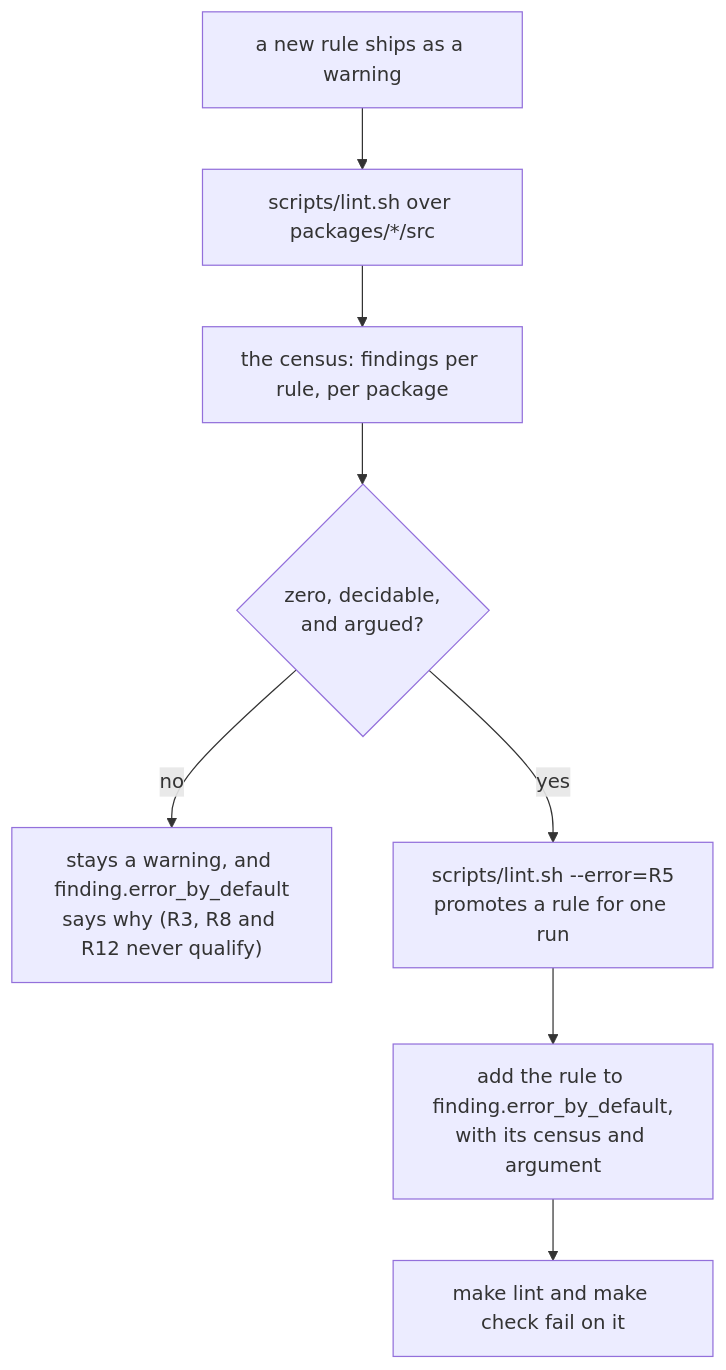
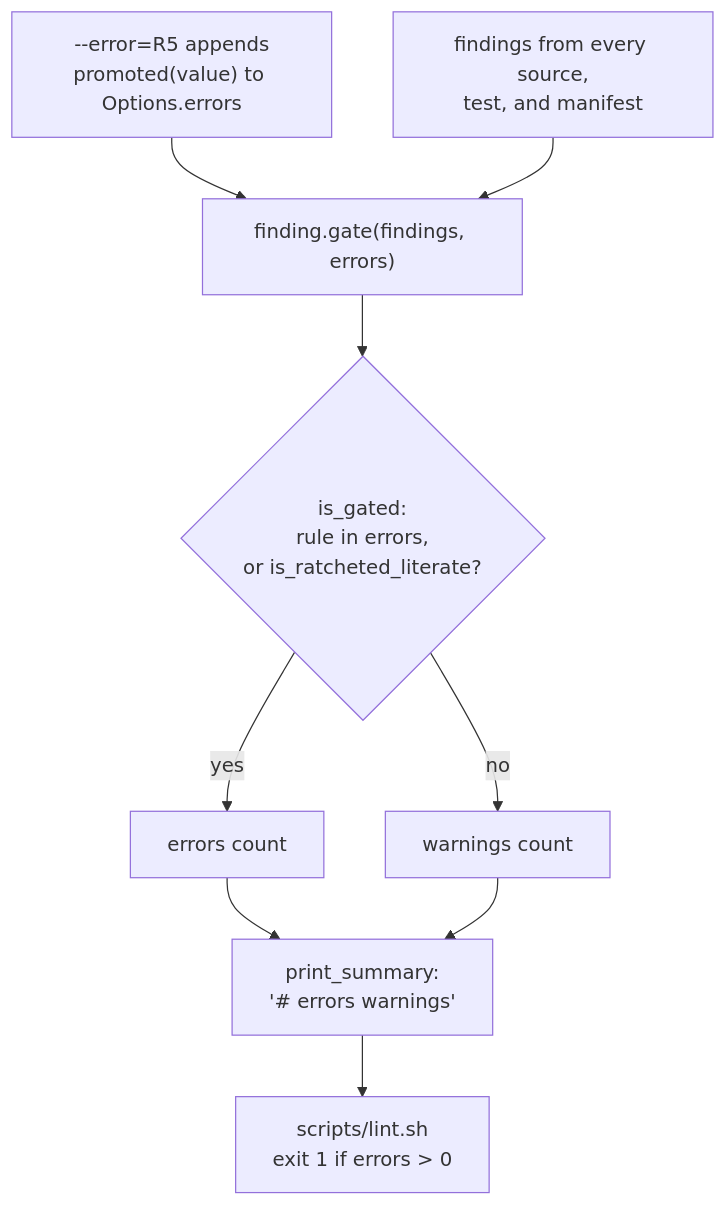
One commit to Roasbeef/pondline changed the fifth of 5 diagrams in packages/lint/README.md. Above: the diagram before and after it, drawn with Mermaid. The commit also changed other lines of this file and 9 other files, not shown here.

First line of the commit message:
docs: add package and system architecture documents

````diff
--- a/packages/lint/README.md
+++ b/packages/lint/README.md
@@ -212,15 +398,17 @@
 ```mermaid
 flowchart TD
-    NEW["a new rule ships as a warning"]
-    RUN["scripts/lint.sh over packages/*/src"]
-    CENSUS["the census: findings per rule, per package"]
-    Q{"zero, decidable,<br/>and argued?"}
-    STAY["stays a warning, and finding.error_by_default<br/>says why (R3, R8 and R12 never qualify)"]
-    TRY["scripts/lint.sh --error=R5<br/>promotes a rule for one run"]
-    PROMOTE["add the rule to finding.error_by_default,<br/>with its census and argument"]
-    GATE["make lint and make check fail on it"]
+    fs["findings from every source,<br/>test, and manifest"]
+    gate["finding.gate(findings, errors)"]
+    isg{"is_gated:<br/>rule in errors,<br/>or is_ratcheted_literate?"}
+    err["errors count"]
+    warn["warnings count"]
+    line["print_summary:<br/>'# errors warnings'"]
+    sh["scripts/lint.sh<br/>exit 1 if errors > 0"]
+    opt["--error=R5 appends<br/>promoted(value) to Options.errors"]
 
-    NEW --> RUN --> CENSUS --> Q
-    Q -->|no| STAY
-    Q -->|yes| TRY --> PROMOTE --> GATE
+    opt --> gate
+    fs --> gate --> isg
+    isg -- "yes" --> err --> line
+    isg -- "no" --> warn --> line
+    line --> sh
 ```
````
